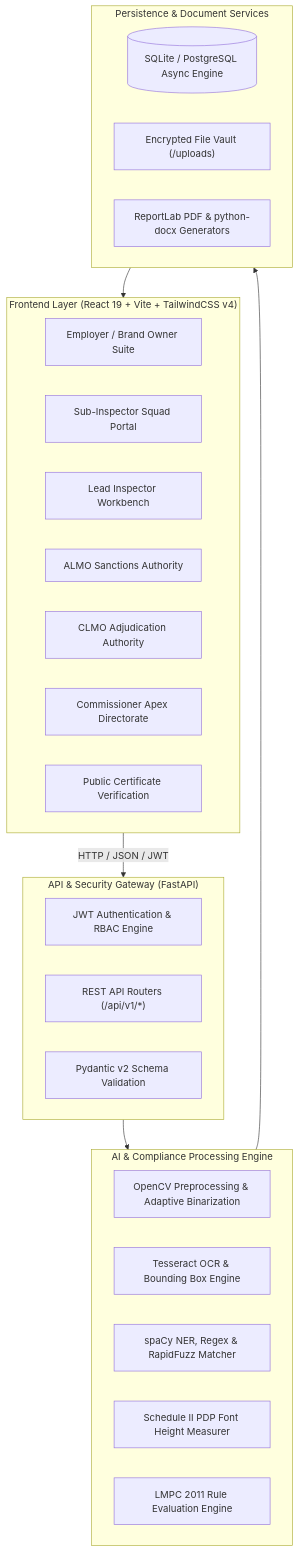
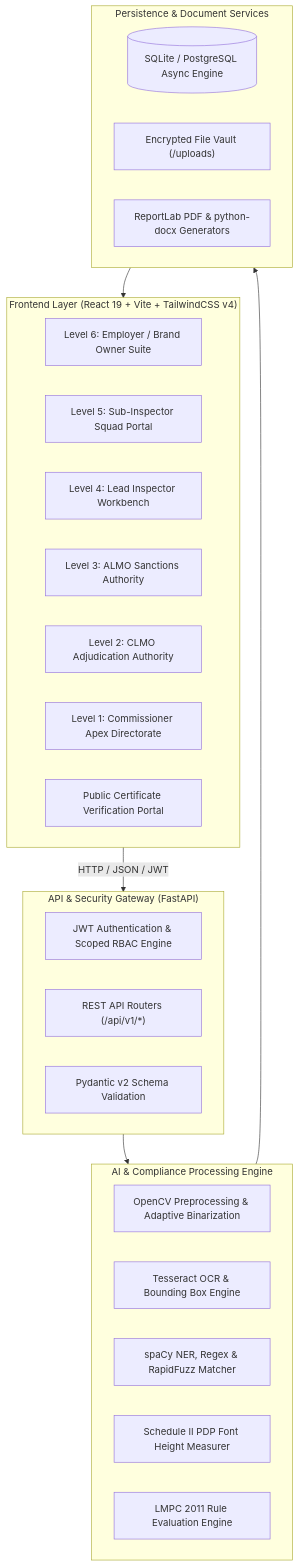
Before and after one commit to harshithps35/Legal-Metrology-Packaged-Commodities-LMPC-AI-Compliance-Enforcement-Platform: the second of 5 diagrams in README.md, drawn with Mermaid. The commit also changed other lines of this file, not shown here.

Commit message:
docs: comprehensive SIH 2026 Problem Statement 26034 alignment, solution architecture figure, and end-to-end workflow documentation

````diff
--- a/README.md
+++ b/README.md
@@ -164,37 +162,37 @@
 ```mermaid
 graph TB
     subgraph Frontend["Frontend Layer (React 19 + Vite + TailwindCSS v4)"]
-        UI_E["Employer / Brand Owner Suite"]
-        UI_SI["Sub-Inspector Squad Portal"]
-        UI_LMI["Lead Inspector Workbench"]
-        UI_ALMO["ALMO Sanctions Authority"]
-        UI_CLMO["CLMO Adjudication Authority"]
-        UI_COMM["Commissioner Apex Directorate"]
-        UI_VERIFY["Public Certificate Verification"]
+        UI_E["Level 6: Employer / Brand Owner Suite"]
+        UI_SI["Level 5: Sub-Inspector Squad Portal"]
+        UI_LMI["Level 4: Lead Inspector Workbench"]
+        UI_ALMO["Level 3: ALMO Sanctions Authority"]
+        UI_CLMO["Level 2: CLMO Adjudication Authority"]
+        UI_COMM["Level 1: Commissioner Apex Directorate"]
+        UI_VERIFY["Public Certificate Verification Portal"]
     end
 
     subgraph Gateway["API & Security Gateway (FastAPI)"]
-        AUTH["JWT Authentication & RBAC Engine"]
+        AUTH["JWT Authentication & Scoped RBAC Engine"]
         ROUTERS["REST API Routers (/api/v1/*)"]
         VALIDATOR["Pydantic v2 Schema Validation"]
     end
 
     subgraph Engine["AI & Compliance Processing Engine"]
         PRE["OpenCV Preprocessing & Adaptive Binarization"]
         OCR["Tesseract OCR & Bounding Box Engine"]
         NLP["spaCy NER, Regex & RapidFuzz Matcher"]
         FONT["Schedule II PDP Font Height Measurer"]
         RULE["LMPC 2011 Rule Evaluation Engine"]
     end
 
     subgraph Storage["Persistence & Document Services"]
         DB[(SQLite / PostgreSQL Async Engine)]
         FS["Encrypted File Vault (/uploads)"]
         DOC["ReportLab PDF & python-docx Generators"]
     end
 
     Frontend -->|HTTP / JSON / JWT| Gateway
     Gateway --> Engine
     Engine --> Storage
     Storage --> Frontend
 ```
````
